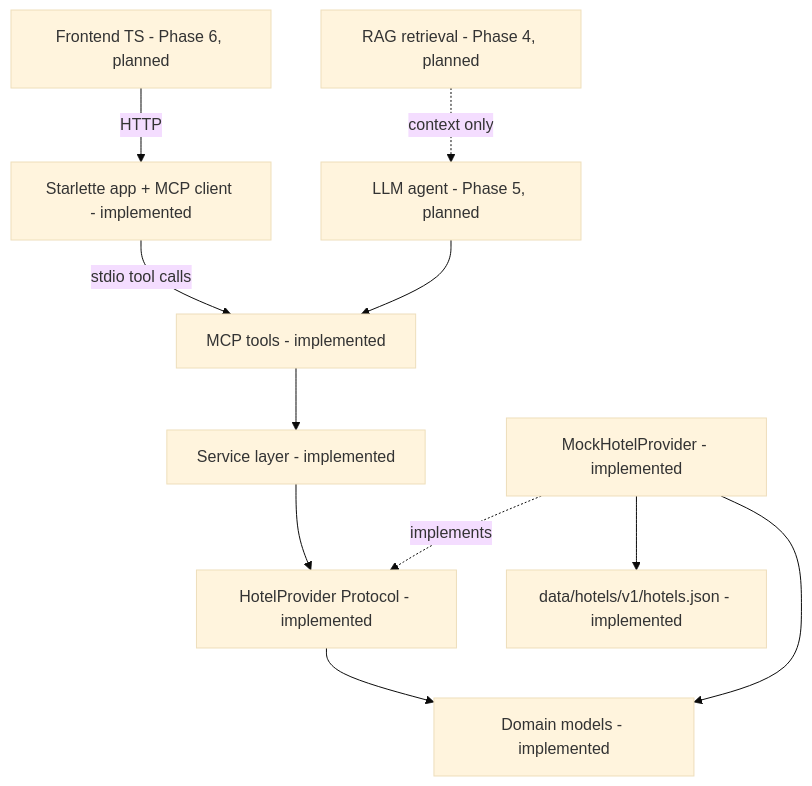
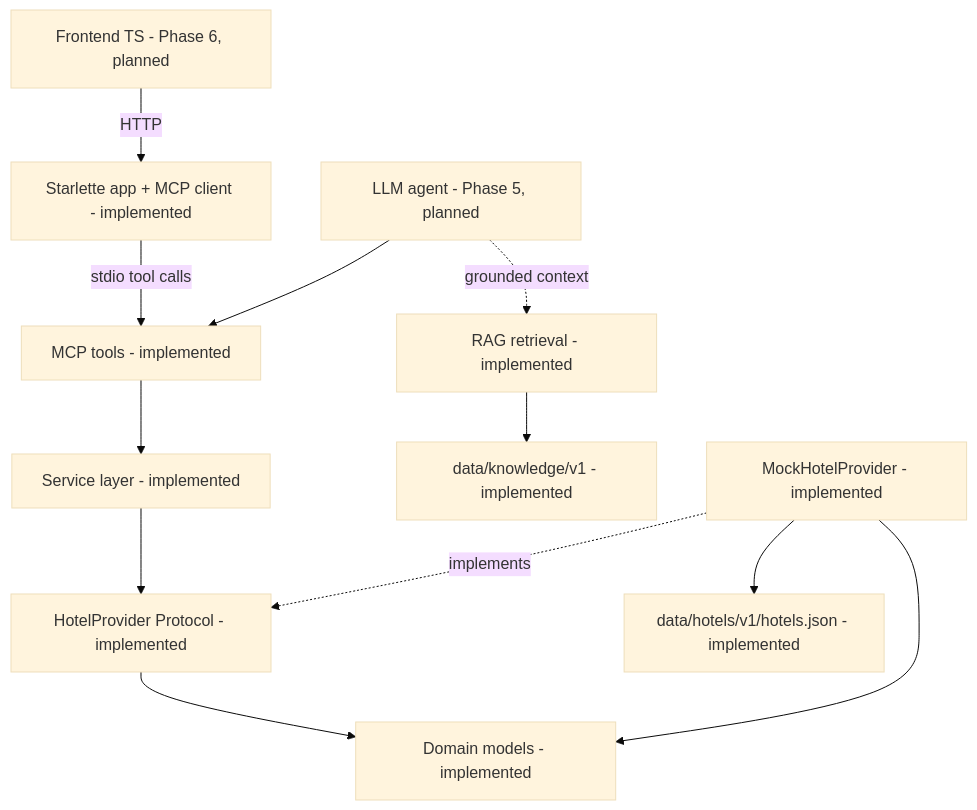
Before and after one commit to aklid01/staysmart-ai: the diagram in docs/ARCHITECTURE.md, drawn with Mermaid (base theme). The commit also changed other lines of this file and 4 other files, not shown here.

Commit message:
docs: document phase 4 RAG pipeline and update architecture

````diff
--- a/docs/ARCHITECTURE.md
+++ b/docs/ARCHITECTURE.md
@@ -21,13 +21,14 @@
 ```mermaid
 flowchart TD
   FE["Frontend TS - Phase 6, planned"] -->|HTTP| APP["Starlette app + MCP client - implemented"]
   APP -->|"stdio tool calls"| TOOLS["MCP tools - implemented"]
   AGENT["LLM agent - Phase 5, planned"] --> TOOLS
-  RAG["RAG retrieval - Phase 4, planned"] -.->|"context only"| AGENT
+  AGENT -.->|"grounded context"| RAG["RAG retrieval - implemented"]
+  RAG --> CORPUS["data/knowledge/v1 - implemented"]
   TOOLS --> SVC["Service layer - implemented"]
   SVC --> PROTO["HotelProvider Protocol - implemented"]
   MOCK["MockHotelProvider - implemented"] -.->|implements| PROTO
   MOCK --> DATA["data/hotels/v1/hotels.json - implemented"]
   PROTO --> MODELS["Domain models - implemented"]
   MOCK --> MODELS
 ```
````
